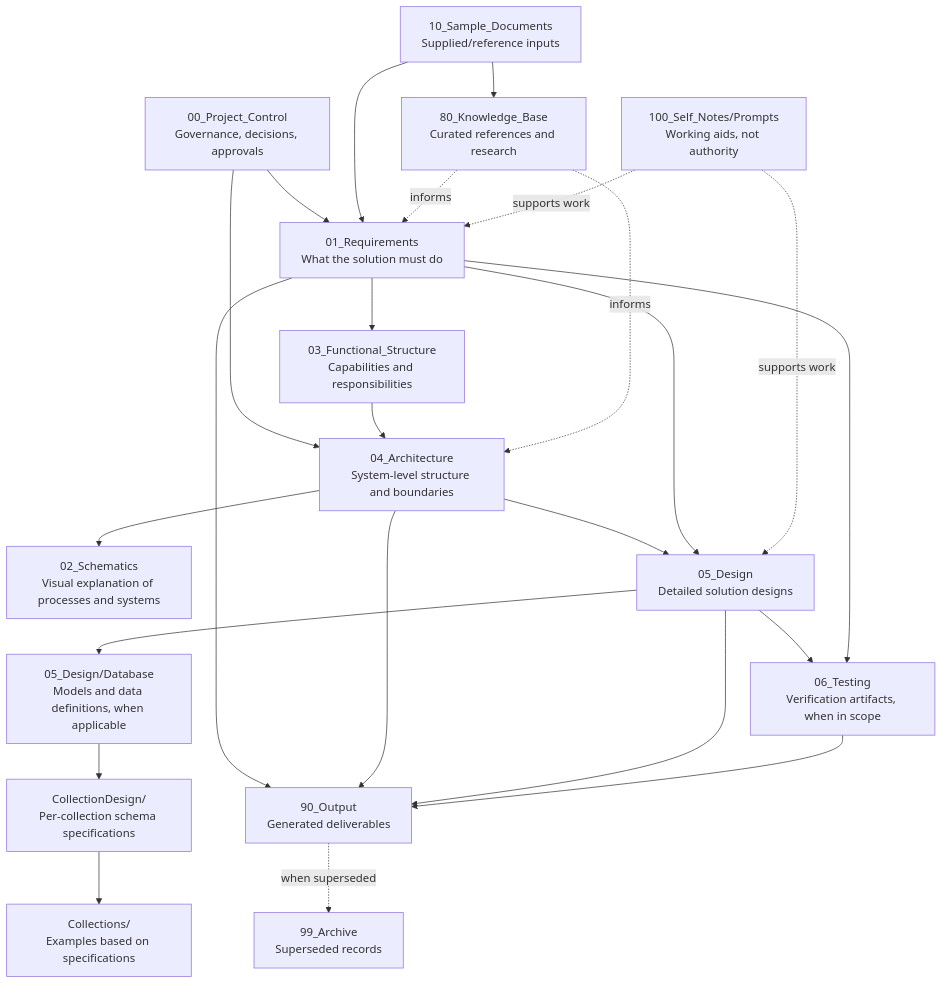
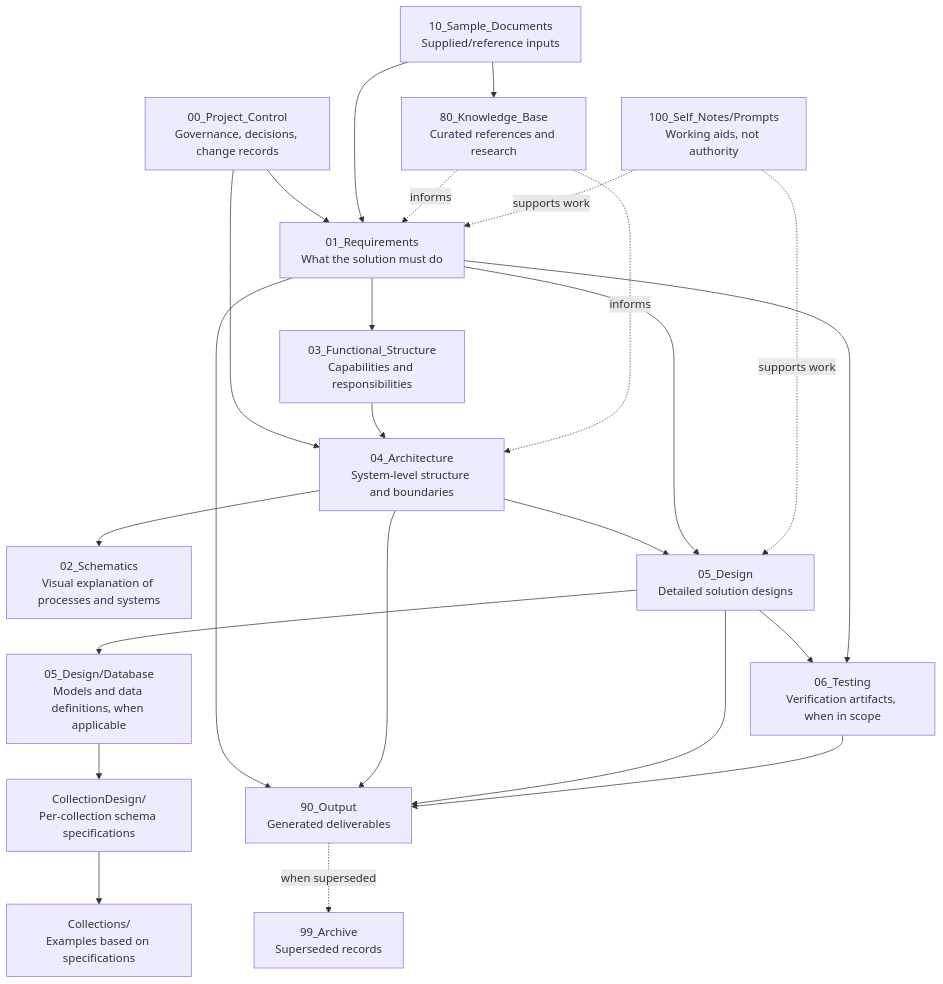
Before and after one commit to liradolfpy/IvyMes: the diagram in 00_Project_Control/Folder_Guide.md, drawn with Mermaid. The commit also changed other lines of this file and 17 other files, not shown here.

````diff
--- a/00_Project_Control/Folder_Guide.md
+++ b/00_Project_Control/Folder_Guide.md
@@ -57,42 +57,42 @@
 ```mermaid
 flowchart TD
-    C["00_Project_Control<br/>Governance, decisions, approvals"]
+    C["00_Project_Control<br/>Governance, decisions, change records"]
     R["01_Requirements<br/>What the solution must do"]
     F["03_Functional_Structure<br/>Capabilities and responsibilities"]
     A["04_Architecture<br/>System-level structure and boundaries"]
     S["02_Schematics<br/>Visual explanation of processes and systems"]
     D["05_Design<br/>Detailed solution designs"]
     DB["05_Design/Database<br/>Models and data definitions, when applicable"]
     CD["CollectionDesign/<domainCode><br/>Per-collection schema specifications"]
     EX["Collections/<domainCode><br/>Examples based on specifications"]
     T["06_Testing<br/>Verification artifacts, when in scope"]
     I["10_Sample_Documents<br/>Supplied/reference inputs"]
     K["80_Knowledge_Base<br/>Curated references and research"]
     O["90_Output<br/>Generated deliverables"]
     H["99_Archive<br/>Superseded records"]
     N["100_Self_Notes/Prompts<br/>Working aids, not authority"]
 
     C --> R
     C --> A
     R --> F
     F --> A
     A --> S
     A --> D
     R --> D
     D --> DB
     DB --> CD
     CD --> EX
     D --> T
     R --> T
     I --> R
     I --> K
     K -. informs .-> R
     K -. informs .-> A
     N -. supports work .-> R
     N -. supports work .-> D
     R --> O
     A --> O
     D --> O
     T --> O
     O -. when superseded .-> H
 ```
````
